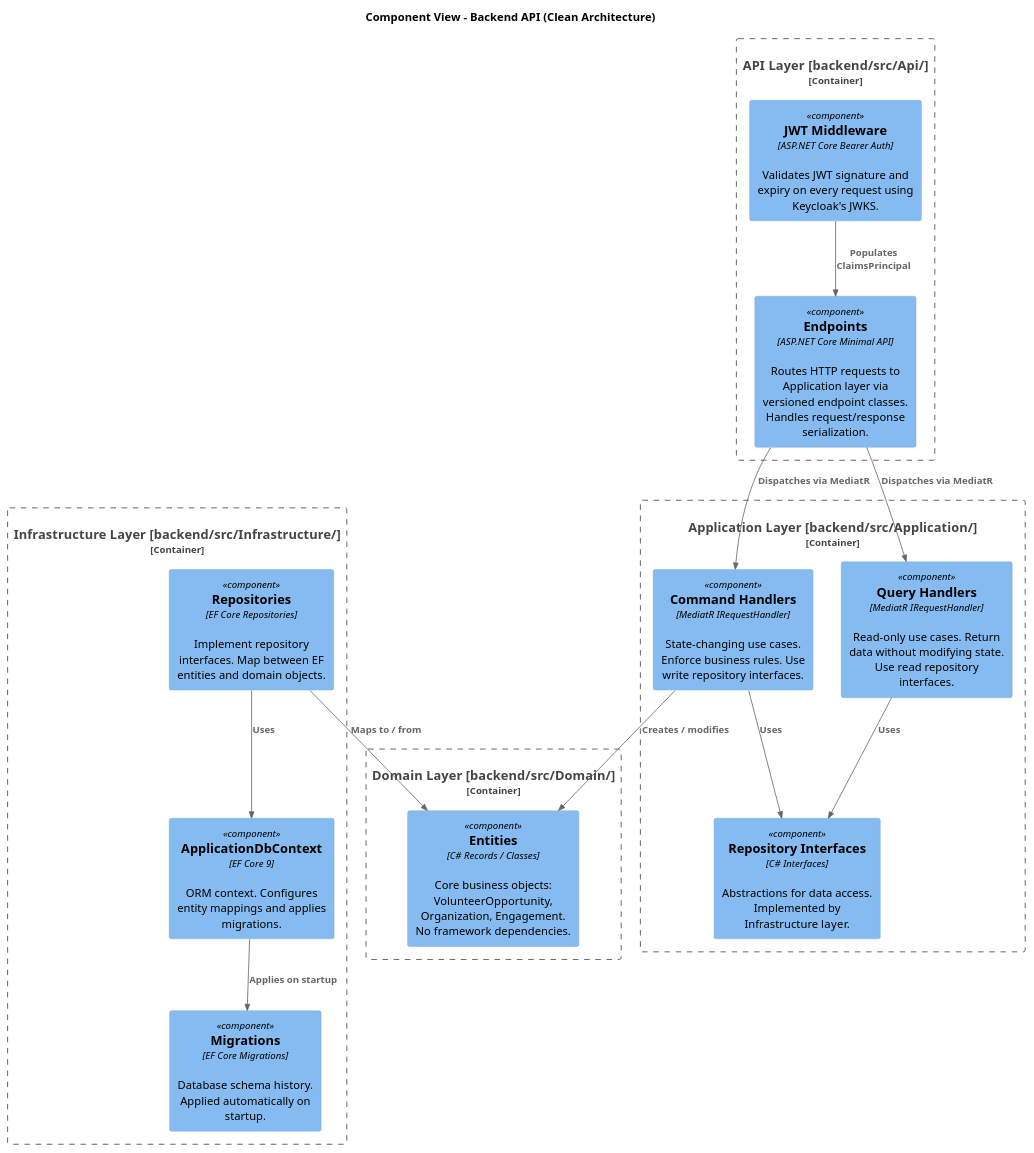
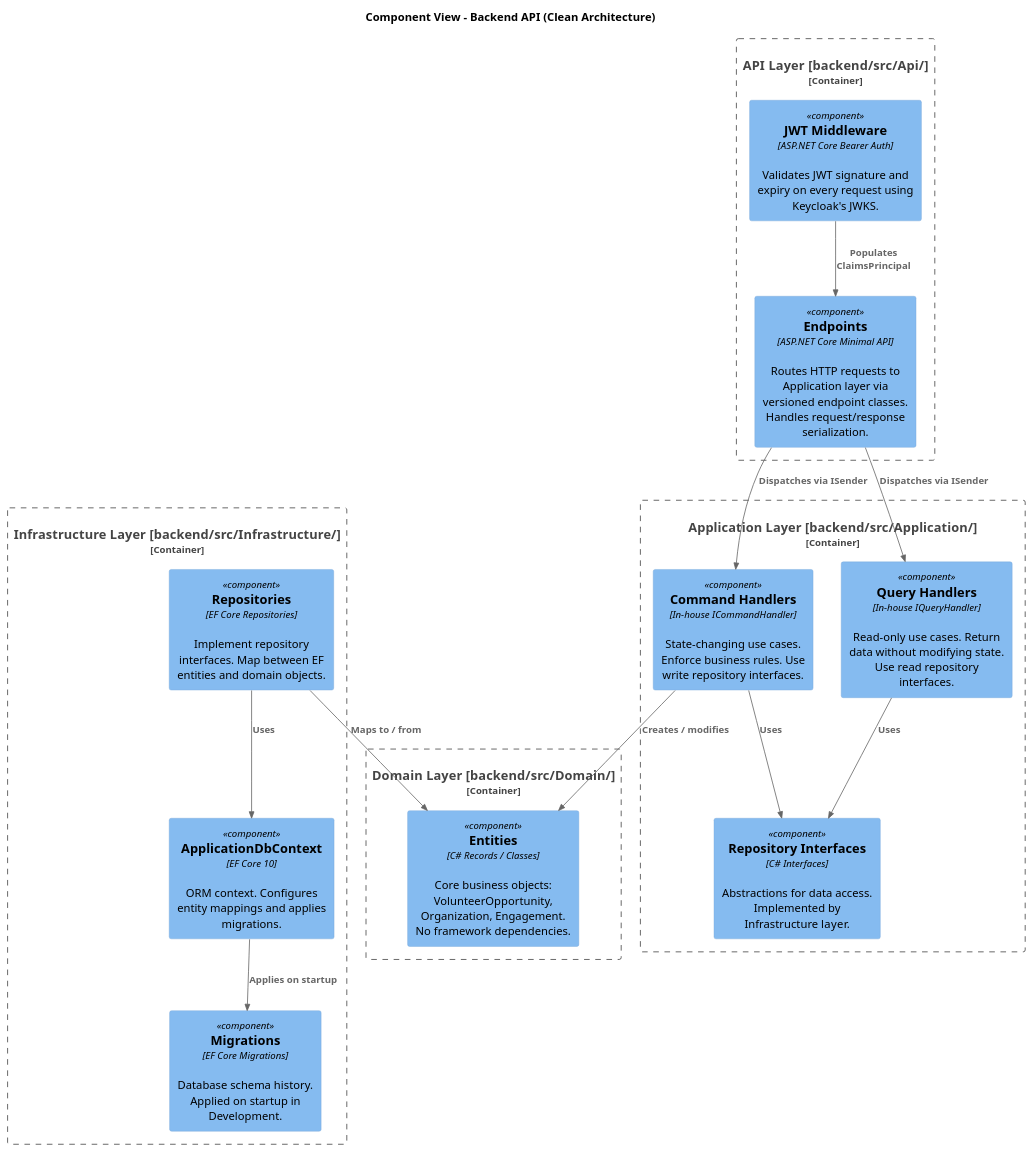
The diagram in docs/Architecture/images/component-backend.puml (maik-hasler/einsatzbereit), drawn with PlantUML before and after one commit. The commit also changed 27 other files, not shown here.

```diff
--- a/docs/Architecture/images/component-backend.puml
+++ b/docs/Architecture/images/component-backend.puml
@@ -1,38 +1,38 @@
 @startuml Backend Component View
 
 !include <C4/C4_Component>
 
 title Component View - Backend API (Clean Architecture)
 
 Container_Boundary(api, "API Layer  [backend/src/Api/]") {
 		Component(endpoints, "Endpoints", "ASP.NET Core Minimal API", "Routes HTTP requests to Application layer via versioned endpoint classes. Handles request/response serialization.")
 		Component(auth_mw, "JWT Middleware", "ASP.NET Core Bearer Auth", "Validates JWT signature and expiry on every request using Keycloak's JWKS.")
 }
 
 Container_Boundary(application, "Application Layer  [backend/src/Application/]") {
-		Component(queries, "Query Handlers", "MediatR IRequestHandler", "Read-only use cases. Return data without modifying state. Use read repository interfaces.")
-		Component(commands, "Command Handlers", "MediatR IRequestHandler", "State-changing use cases. Enforce business rules. Use write repository interfaces.")
+		Component(queries, "Query Handlers", "In-house IQueryHandler", "Read-only use cases. Return data without modifying state. Use read repository interfaces.")
+		Component(commands, "Command Handlers", "In-house ICommandHandler", "State-changing use cases. Enforce business rules. Use write repository interfaces.")
 		Component(repo_interfaces, "Repository Interfaces", "C# Interfaces", "Abstractions for data access. Implemented by Infrastructure layer.")
 }
 
 Container_Boundary(domain, "Domain Layer  [backend/src/Domain/]") {
 		Component(entities, "Entities", "C# Records / Classes", "Core business objects: VolunteerOpportunity, Organization, Engagement. No framework dependencies.")
 }
 
 Container_Boundary(infrastructure, "Infrastructure Layer  [backend/src/Infrastructure/]") {
-		Component(db_context, "ApplicationDbContext", "EF Core 9", "ORM context. Configures entity mappings and applies migrations.")
+		Component(db_context, "ApplicationDbContext", "EF Core 10", "ORM context. Configures entity mappings and applies migrations.")
 		Component(repositories, "Repositories", "EF Core Repositories", "Implement repository interfaces. Map between EF entities and domain objects.")
-		Component(migrations, "Migrations", "EF Core Migrations", "Database schema history. Applied automatically on startup.")
+		Component(migrations, "Migrations", "EF Core Migrations", "Database schema history. Applied on startup in Development.")
 }
 
-Rel(endpoints, queries, "Dispatches via MediatR")
-Rel(endpoints, commands, "Dispatches via MediatR")
+Rel(endpoints, queries, "Dispatches via ISender")
+Rel(endpoints, commands, "Dispatches via ISender")
 Rel(auth_mw, endpoints, "Populates ClaimsPrincipal")
 Rel(queries, repo_interfaces, "Uses")
 Rel(commands, repo_interfaces, "Uses")
 Rel(commands, entities, "Creates / modifies")
 Rel(repositories, db_context, "Uses")
 Rel(repositories, entities, "Maps to / from")
 Rel(db_context, migrations, "Applies on startup")
 
 @enduml
```
